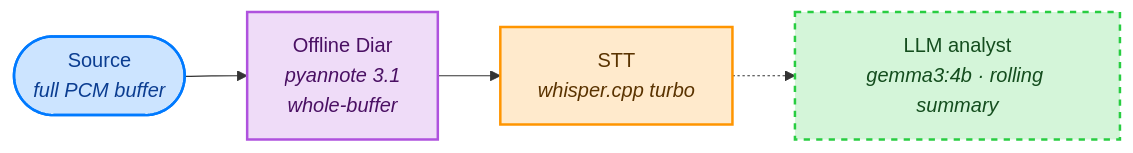
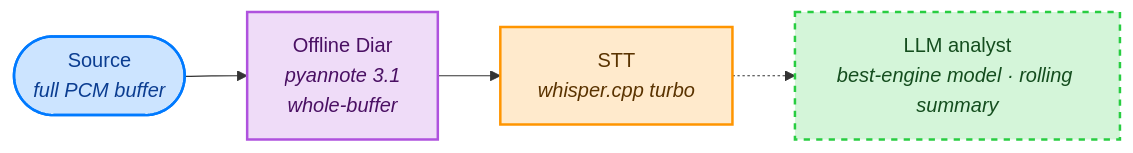
One commit to warith-harchaoui/vocal-helper changed the second of 2 diagrams in README.md. Above: the diagram before and after it, drawn with Mermaid. The commit also changed other lines of this file and 16 other files, not shown here.

First line of the commit message:
Route rolling summariser + EOT through best-engine engine contract

````diff
--- a/README.md
+++ b/README.md
@@ -64,12 +64,12 @@
 ```mermaid
 flowchart LR
     S([Source<br/><i>full PCM buffer</i>]):::source
       --> D[Offline Diar<br/><i>pyannote 3.1<br/>whole-buffer</i>]:::diar
       --> A[STT<br/><i>whisper.cpp turbo</i>]:::asr
-      -.-> L[LLM analyst<br/><i>gemma3:4b · rolling summary</i>]:::llm
+      -.-> L[LLM analyst<br/><i>best-engine model · rolling summary</i>]:::llm
 
     classDef source fill:#CCE4FF,stroke:#007AFF,stroke-width:2px,color:#0b3d91
     classDef diar   fill:#EFDCF8,stroke:#AF52DE,stroke-width:2px,color:#4a1063
     classDef asr    fill:#FFEACC,stroke:#FF9500,stroke-width:2px,color:#5a3300
     classDef llm    fill:#D4F5D9,stroke:#28CD41,stroke-width:2px,color:#144d1e,stroke-dasharray: 5 5
 ```
````
